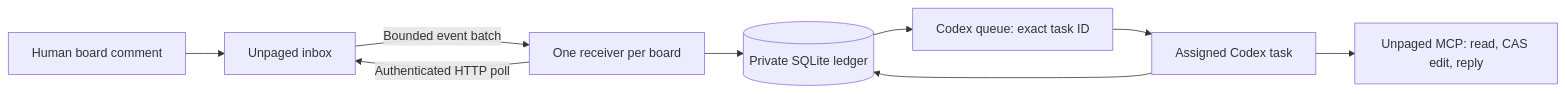
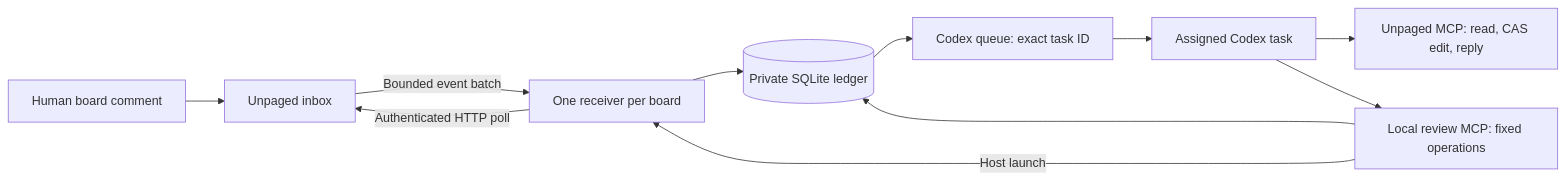
Before and after one commit to unpaged/plugins: the diagram in plugins/unpaged-codex/ARCHITECTURE.md, drawn with Mermaid. The commit also changed other lines of this file and 25 other files, not shown here.

Commit message:
feat(codex): run review control through native local MCP

````diff
--- a/plugins/unpaged-codex/ARCHITECTURE.md
+++ b/plugins/unpaged-codex/ARCHITECTURE.md
@@ -13,11 +14,13 @@
 ```mermaid
 flowchart LR
   H[Human board comment] --> U[Unpaged inbox]
   W[One receiver per board] -->|Authenticated HTTP poll| U
   U -->|Bounded event batch| W
   W --> D[(Private SQLite ledger)]
   D --> Q[Codex queue: exact task ID]
   Q --> A[Assigned Codex task]
   A --> M[Unpaged MCP: read, CAS edit, reply]
-  A --> D
+  A --> C[Local review MCP: fixed operations]
+  C --> D
+  C -->|Host launch| W
 ```
````
